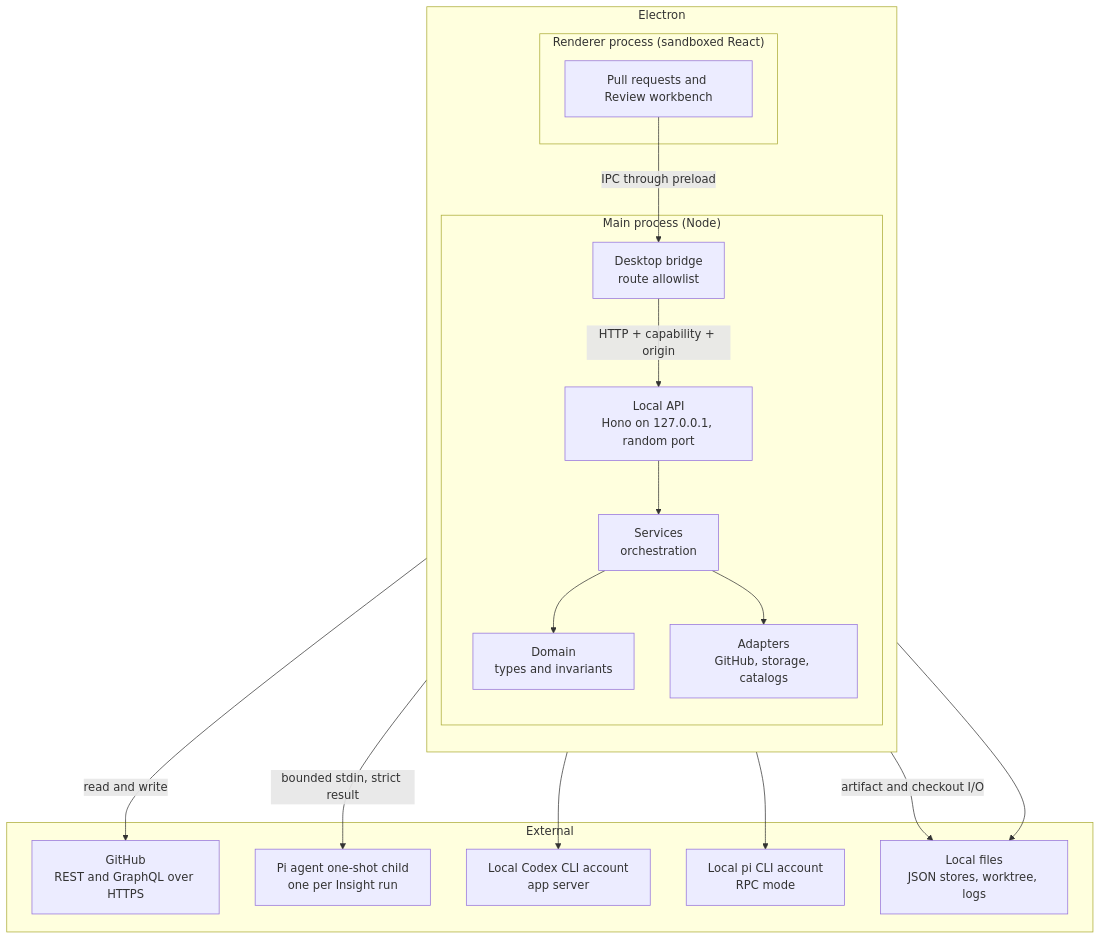
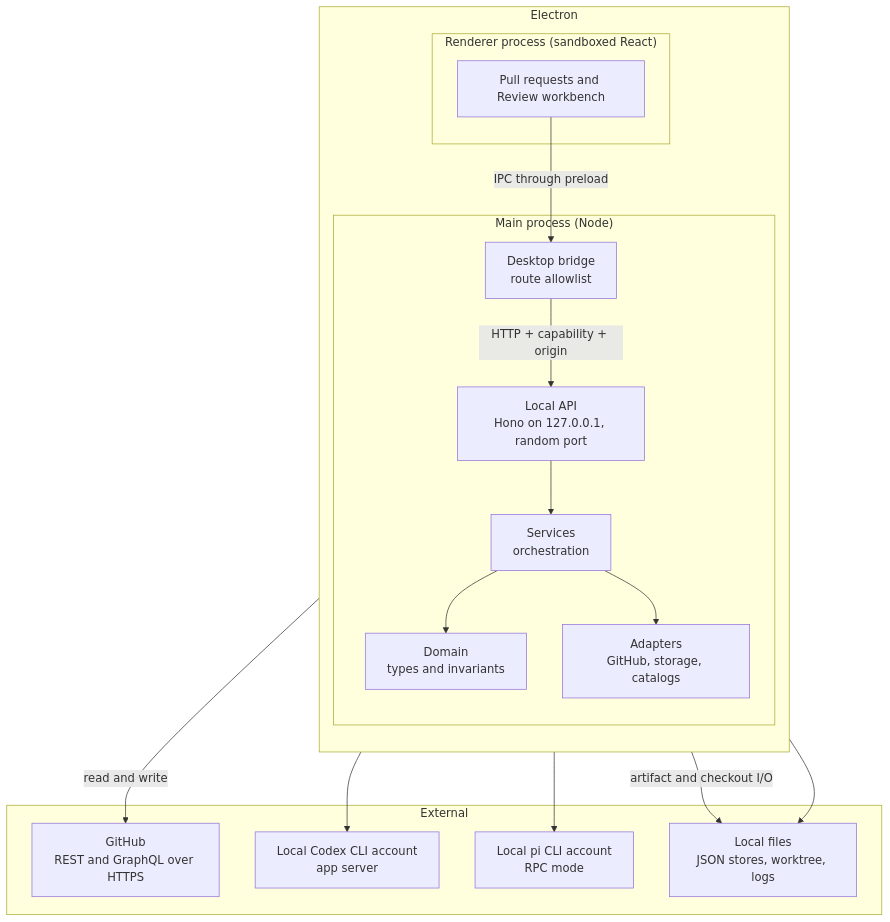
Before and after one commit to kwanpham2195/patchdesk: the diagram in docs/architecture.md, drawn with Mermaid. The commit also changed other lines of this file and 199 other files, not shown here.

````diff
--- a/docs/architecture.md
+++ b/docs/architecture.md
@@ -18,34 +18,32 @@
 ```mermaid
 flowchart TB
     subgraph Electron
         direction TB
         subgraph Renderer["Renderer process (sandboxed React)"]
             UI["Pull requests and Review workbench"]
         end
         subgraph Main["Main process (Node)"]
             Bridge["Desktop bridge<br/>route allowlist"]
             API["Local API<br/>Hono on 127.0.0.1, random port"]
             Services["Services<br/>orchestration"]
             Domain["Domain<br/>types and invariants"]
             Adapters["Adapters<br/>GitHub, storage, catalogs"]
         end
     end
     subgraph External["External"]
         GitHub["GitHub<br/>REST and GraphQL over HTTPS"]
-        Insight["Pi agent one-shot child<br/>one per Insight run"]
         Codex["Local Codex CLI account<br/>app server"]
         PiCli["Local pi CLI account<br/>RPC mode"]
         Files["Local files<br/>JSON stores, worktree, logs"]
     end
     UI -- "IPC through preload" --> Bridge
     Bridge -- "HTTP + capability + origin" --> API
     API --> Services
     Services --> Domain
     Services --> Adapters
     Services -- "artifact and checkout I/O" --> Files
     Adapters -- "read and write" --> GitHub
     Adapters --> Files
-    Services -- "bounded stdin, strict result" --> Insight
     Services --> Codex
     Services --> PiCli
 ```
````
